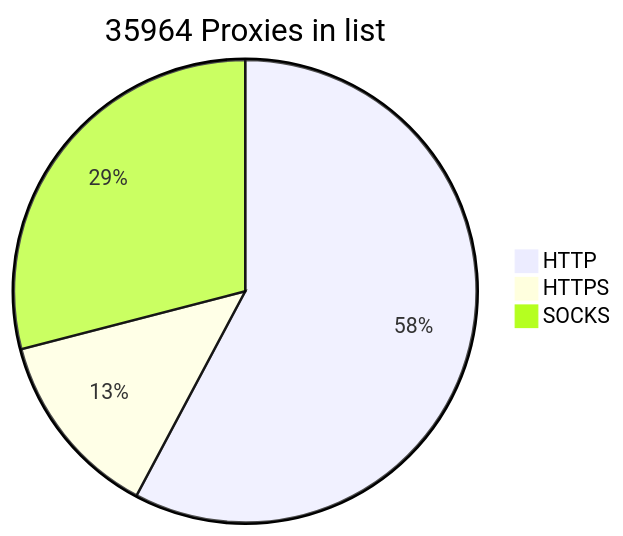
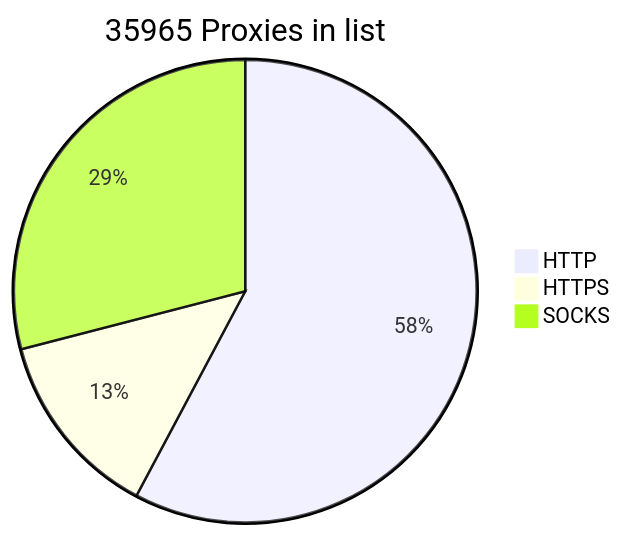
The diagram in README.md (BlackSnowDot/proxylist-update-every-minute), drawn with Mermaid before and after one commit.

````diff
--- a/README.md
+++ b/README.md
@@ -2,6 +2,6 @@
 ```mermaid
-pie title 35964 Proxies in list
+pie title 35965 Proxies in list
     "HTTP" : 23084
     "HTTPS": 5270
-    "SOCKS" : 11597
+    "SOCKS" : 11598
 ```
````
